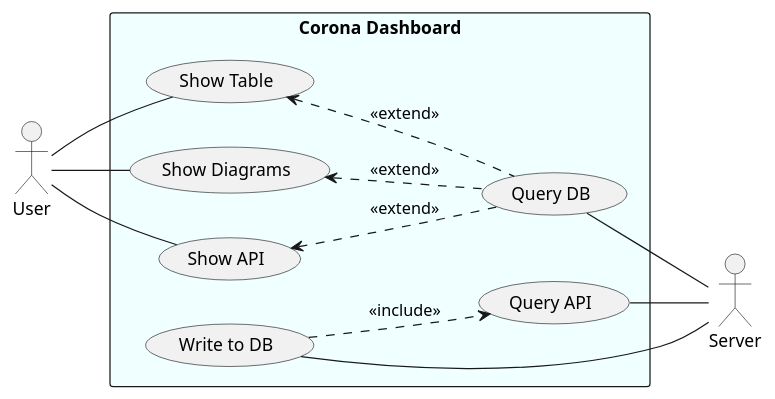
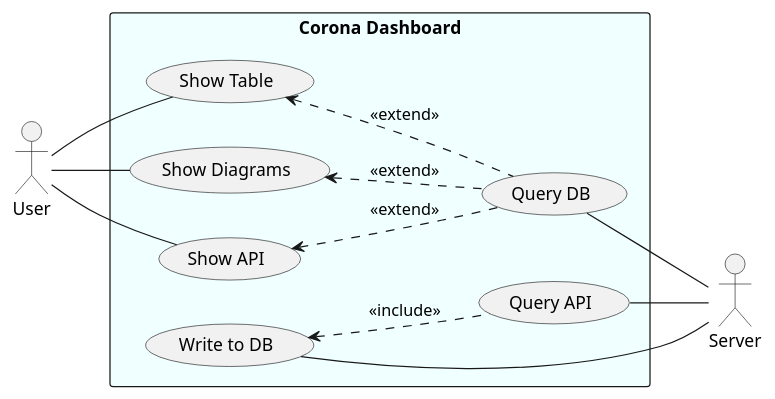
One commit to FelixGeisler/CoronaDashboard changed the first of 2 diagrams in docs/uml.md. Above: the diagram before and after it, drawn with PlantUML. The commit also changed other lines of this file and 1 other file, not shown here.

Commit message:
Update Readme.md and uml.md.

````diff
--- a/docs/uml.md
+++ b/docs/uml.md
@@ -4,21 +4,21 @@
 ```plantuml
 left to right direction
 skinparam packagestyle rectangle
+Server as S
 actor User as U
-Server as S
 
 rectangle "Corona Dashboard" #azure {
+    S -- (Write to DB)
+    (Write to DB) <.. (Query API): <<include>>
+    (Query API) -- S
+    
     U -- (Show Table)
     (Show Table) <.. (Query DB): <<extend>>
     U -- (Show Diagrams)
     
     (Show Diagrams) <.. (Query DB): <<extend>>
     (Query DB) -- S
     U -- (Show API)
     (Show API) <.. (Query DB): <<extend>>
-
-    S -- (Write to DB)
-    (Write to DB) ..> (Query API): <<include>>
-    (Query API) -- S
 }
 ```
````
